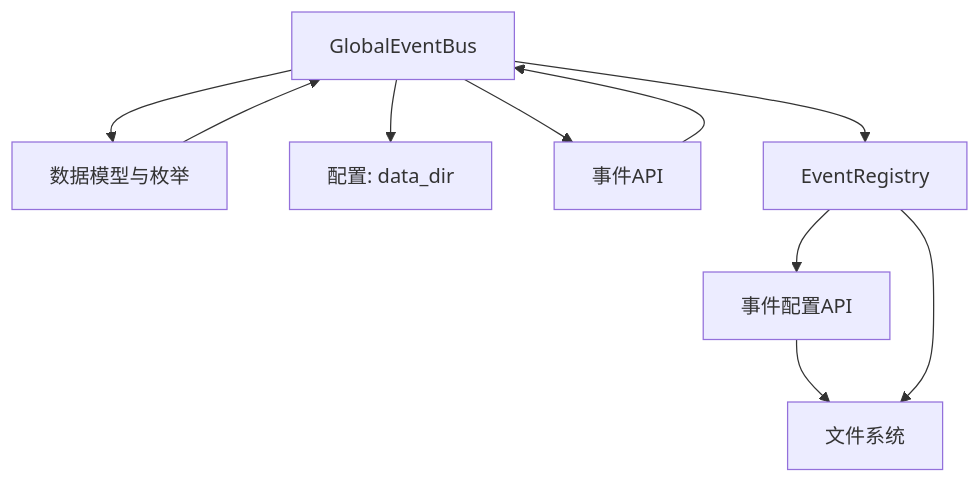
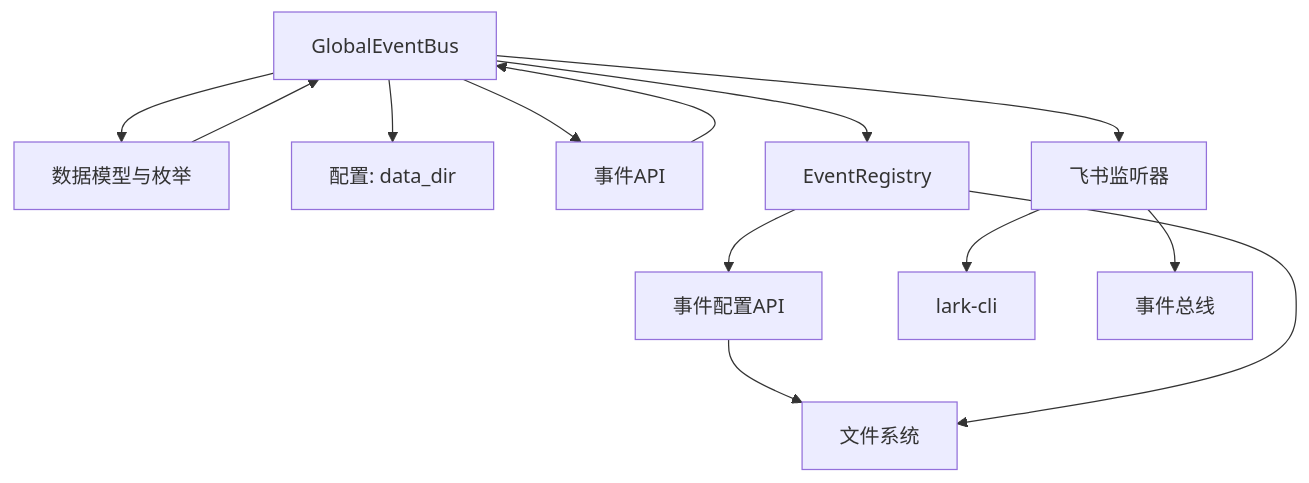
One commit to angledick/- changed diagram 11 of 11 in .qoder/repowiki/zh/content/系统架构/事件驱动系统/事件总线核心.md. Above: the diagram before and after it, drawn with Mermaid. The commit also changed other lines of this file and 69 other files, not shown here.

````diff
--- a/.qoder/repowiki/zh/content/系统架构/事件驱动系统/事件总线核心.md
+++ b/.qoder/repowiki/zh/content/系统架构/事件驱动系统/事件总线核心.md
@@ -463,12 +610,15 @@
 ```mermaid
 graph TB
 EB["GlobalEventBus"] --> Schemas["数据模型与枚举"]
 EB --> Settings["配置: data_dir"]
 EB --> API["事件API"]
 EB --> Registry["EventRegistry"]
+EB --> FeishuListener["飞书监听器"]
 Registry --> ConfigAPI["事件配置API"]
 ConfigAPI --> FileSystem["文件系统"]
+FeishuListener --> LarkCLI["lark-cli"]
+FeishuListener --> Bus["事件总线"]
 API --> EB
 Schemas --> EB
 Registry --> FileSystem
 ```
````
